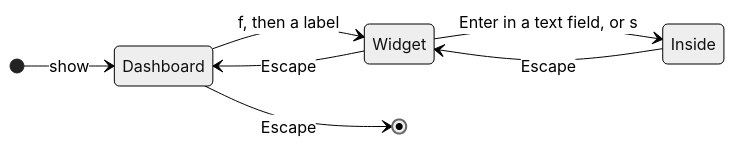
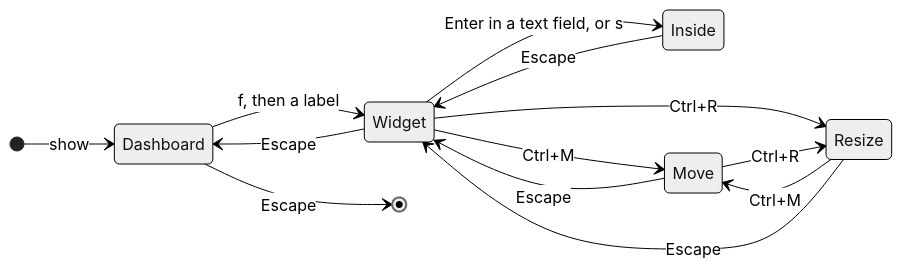
One commit to barafael/niri-dash changed the diagram in book/src/explanation/keyboard-model.md. Above: the diagram before and after it, drawn with Mermaid (neutral theme). The commit also changed other lines of this file and 11 other files, not shown here.

````diff
--- a/book/src/explanation/keyboard-model.md
+++ b/book/src/explanation/keyboard-model.md
@@ -17,10 +17,16 @@
 ```mermaid
 stateDiagram-v2
     direction LR
     [*] --> Dashboard: show
     Dashboard --> Widget: f, then a label
     Widget --> Inside: Enter in a text field, or s
     Inside --> Widget: Escape
     Widget --> Dashboard: Escape
+    Widget --> Move: Ctrl+M
+    Widget --> Resize: Ctrl+R
+    Move --> Resize: Ctrl+R
+    Resize --> Move: Ctrl+M
+    Move --> Widget: Escape
+    Resize --> Widget: Escape
     Dashboard --> [*]: Escape
 ```
````
